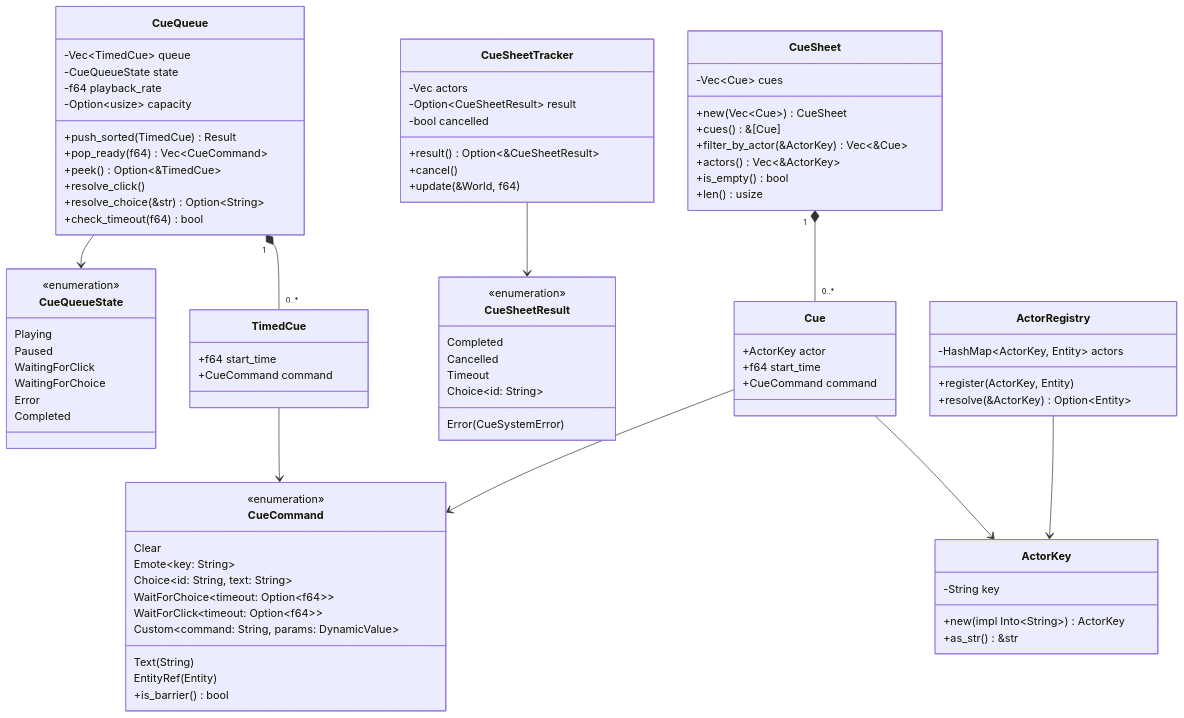
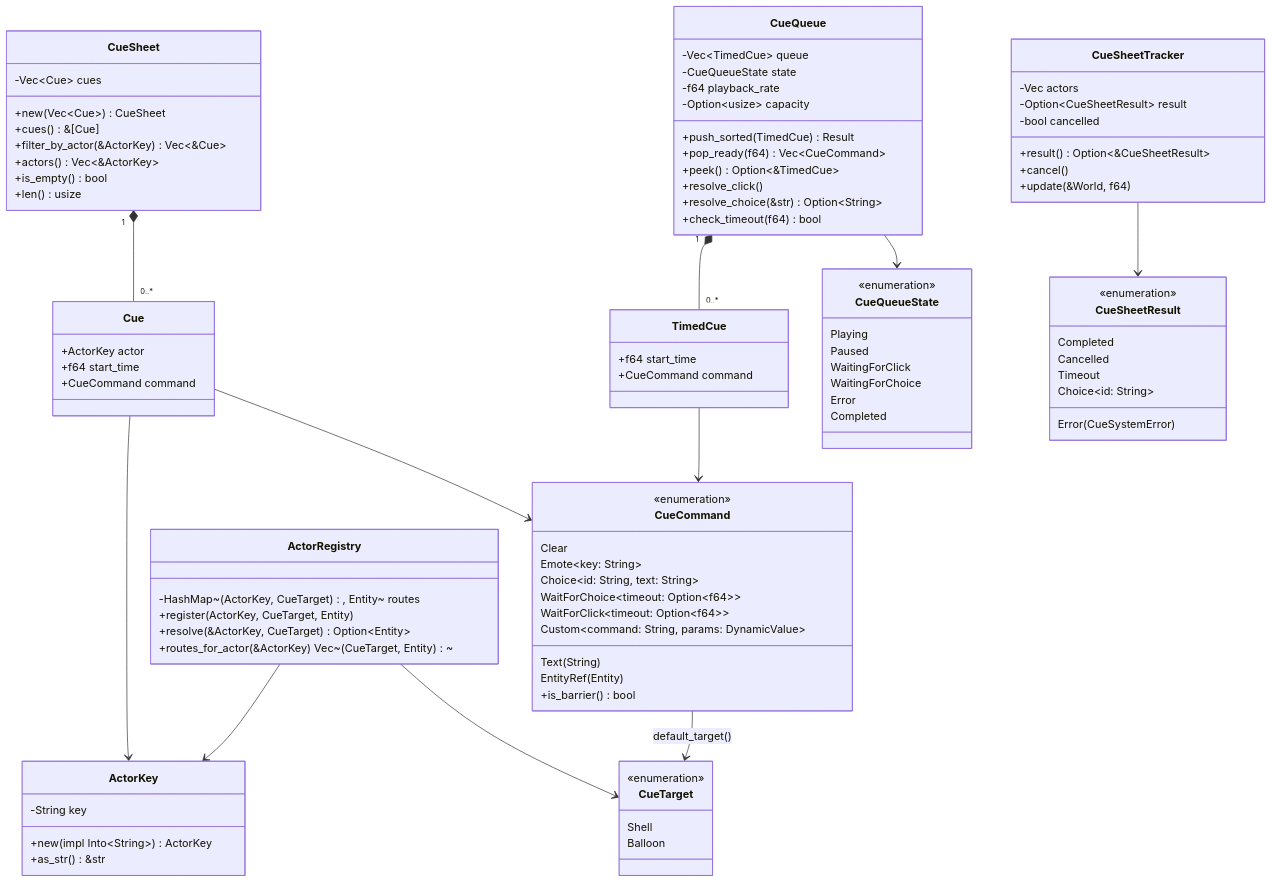
Before and after one commit to ekicyou/areka: the fifth of 5 diagrams in .kiro/specs/wintf-P0-cue-system/design.md, drawn with Mermaid. The commit also changed other lines of this file, not shown here.

````diff
--- a/.kiro/specs/wintf-P0-cue-system/design.md
+++ b/.kiro/specs/wintf-P0-cue-system/design.md
@@ -1358,17 +1447,26 @@
     }
 
     class ActorRegistry {
-        -HashMap~ActorKey, Entity~ actors
-        +register(ActorKey, Entity)
-        +resolve(&ActorKey) Option~Entity~
+        -HashMap~(ActorKey, CueTarget), Entity~ routes
+        +register(ActorKey, CueTarget, Entity)
+        +resolve(&ActorKey, CueTarget) Option~Entity~
+        +routes_for_actor(&ActorKey) Vec~(CueTarget, Entity)~
+    }
+
+    class CueTarget {
+        <<enumeration>>
+        Shell
+        Balloon
     }
 
     CueSheet "1" *-- "0..*" Cue
     Cue --> ActorKey
     Cue --> CueCommand
+    CueCommand --> CueTarget : default_target()
     CueQueue "1" *-- "0..*" TimedCue
     TimedCue --> CueCommand
     CueQueue --> CueQueueState
     CueSheetTracker --> CueSheetResult
     ActorRegistry --> ActorKey
+    ActorRegistry --> CueTarget
 ```
````
